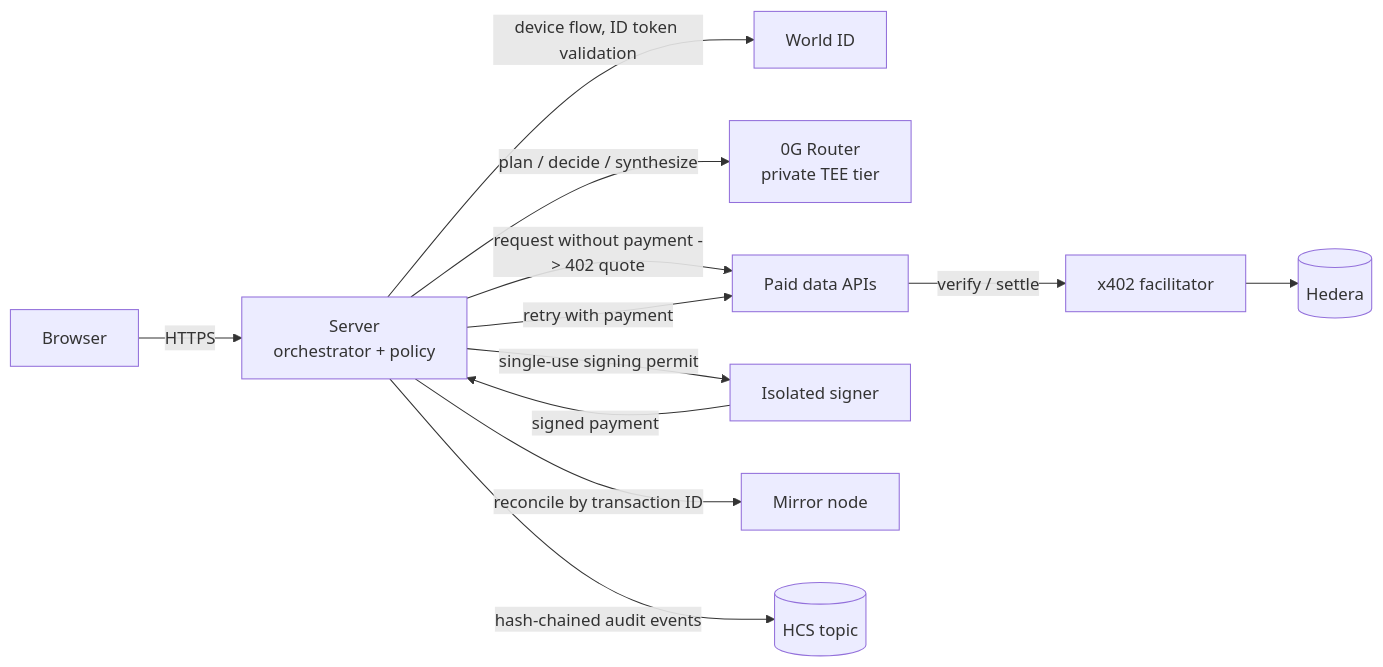
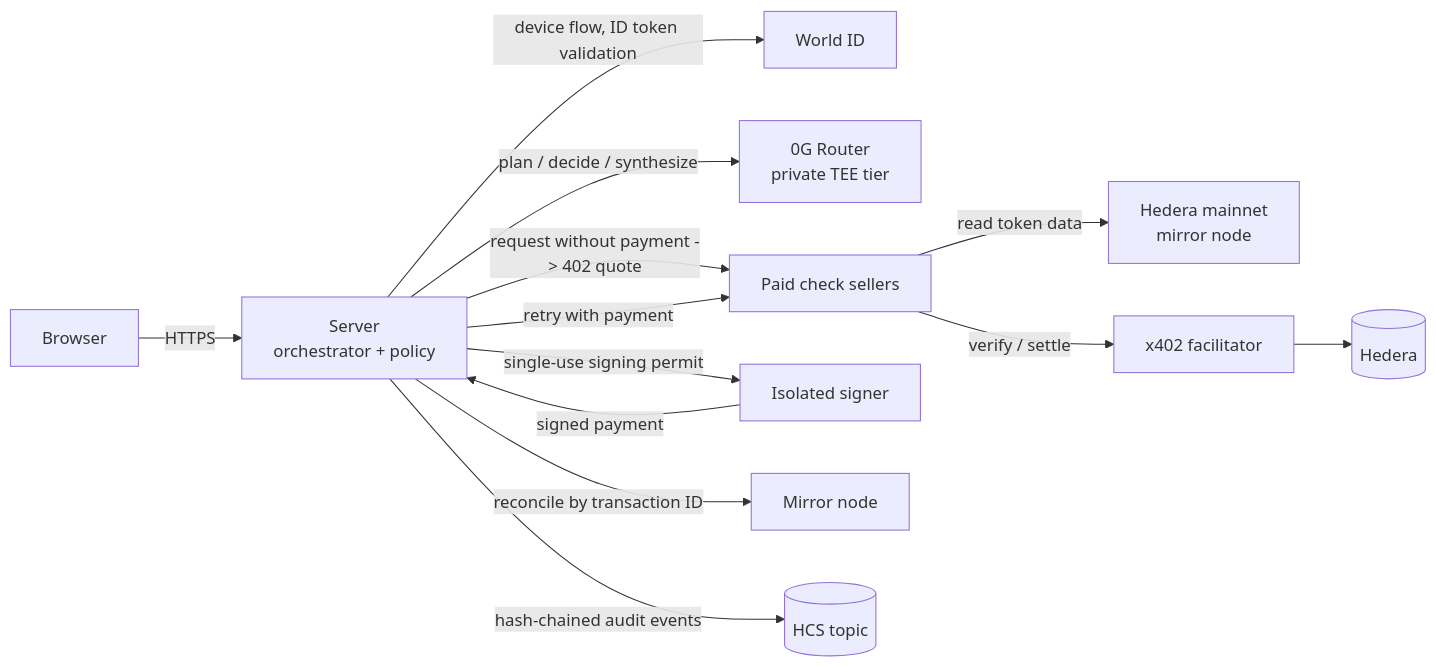
One commit to FalconBirdONE/kakashi changed the first of 3 diagrams in README.md. Above: the diagram before and after it, drawn with Mermaid. The commit also changed other lines of this file and 9 other files, not shown here.

Commit message:
feat: token-check brain prompts, evals and README

````diff
--- a/README.md
+++ b/README.md
@@ -210,14 +240,15 @@
 ```mermaid
 flowchart LR
   U[Browser] -->|HTTPS| S[Server<br/>orchestrator + policy]
   S -->|device flow, ID token validation| W[World ID]
   S -->|plan / decide / synthesize| Z[0G Router<br/>private TEE tier]
-  S -->|request without payment -> 402 quote| M[Paid data APIs]
+  S -->|request without payment -> 402 quote| M[Paid check sellers]
   S -->|single-use signing permit| G[Isolated signer]
   G -->|signed payment| S
   S -->|retry with payment| M
+  M -->|read token data| B[Hedera mainnet<br/>mirror node]
   M -->|verify / settle| F[x402 facilitator]
   F --> H[(Hedera)]
   S -->|reconcile by transaction ID| N[Mirror node]
   S -->|hash-chained audit events| T[(HCS topic)]
 ```
````
